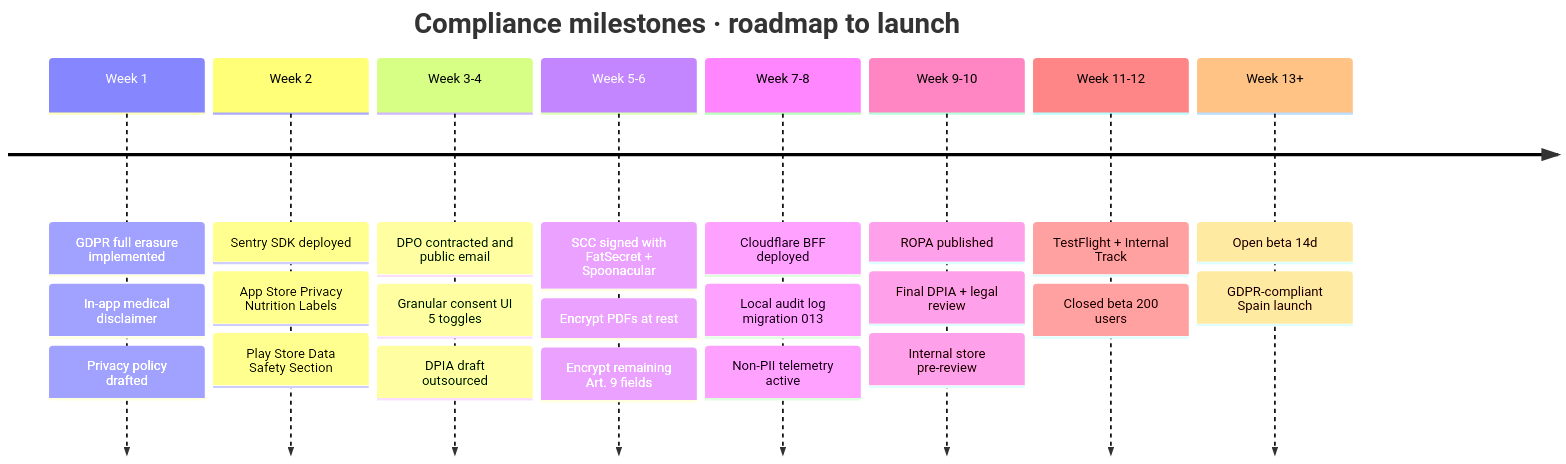
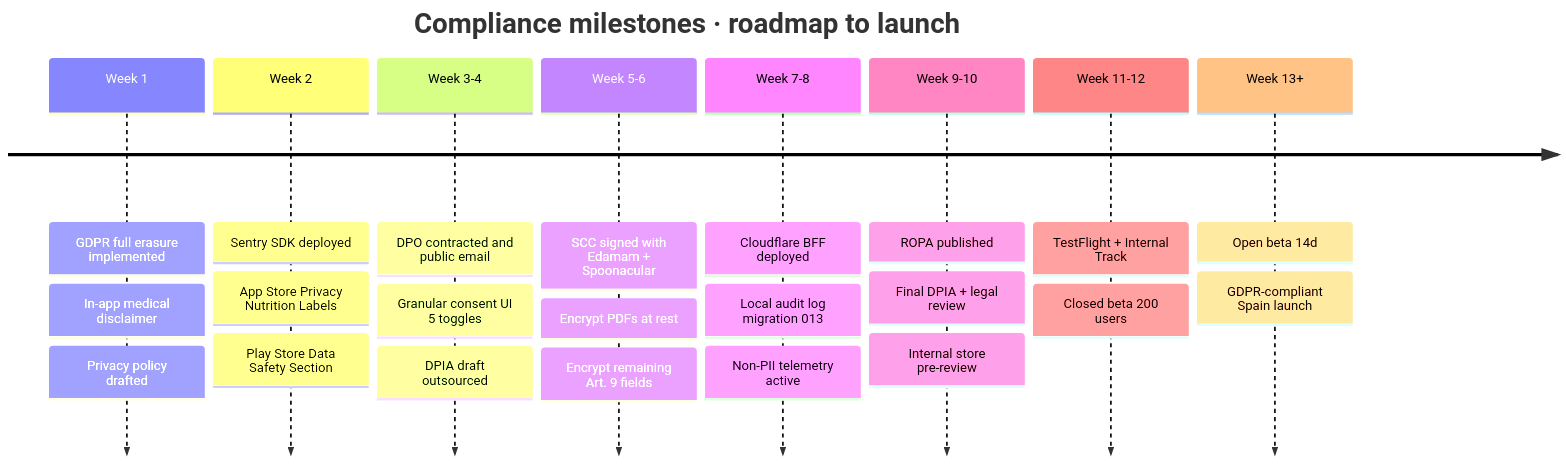
Before and after one commit to antonionc/nutrIAssistant: diagram 23 of 24 in docs/data-architecture/11-diagrams.md, drawn with Mermaid. The commit also changed other lines of this file and 18 other files, not shown here.

````diff
--- a/docs/data-architecture/11-diagrams.md
+++ b/docs/data-architecture/11-diagrams.md
@@ -1067,34 +1067,34 @@
 ```mermaid
 timeline
     title Compliance milestones · roadmap to launch
     Week 1
         : GDPR full erasure implemented
         : In-app medical disclaimer
         : Privacy policy drafted
     Week 2
         : Sentry SDK deployed
         : App Store Privacy Nutrition Labels
         : Play Store Data Safety Section
     Week 3-4
         : DPO contracted and public email
         : Granular consent UI 5 toggles
         : DPIA draft outsourced
     Week 5-6
-        : SCC signed with FatSecret + Spoonacular
+        : SCC signed with Edamam + Spoonacular
         : Encrypt PDFs at rest
         : Encrypt remaining Art. 9 fields
     Week 7-8
         : Cloudflare BFF deployed
         : Local audit log migration 013
         : Non-PII telemetry active
     Week 9-10
         : ROPA published
         : Final DPIA + legal review
         : Internal store pre-review
     Week 11-12
         : TestFlight + Internal Track
         : Closed beta 200 users
     Week 13+
         : Open beta 14d
         : GDPR-compliant Spain launch
 ```
````
